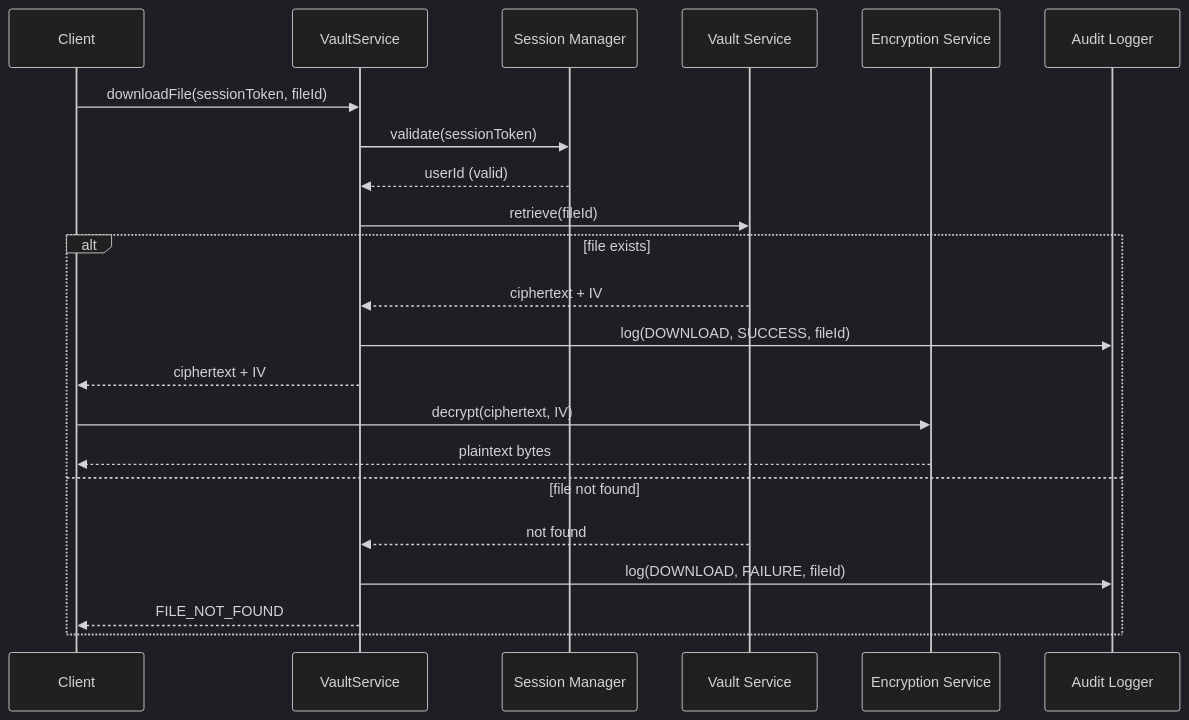
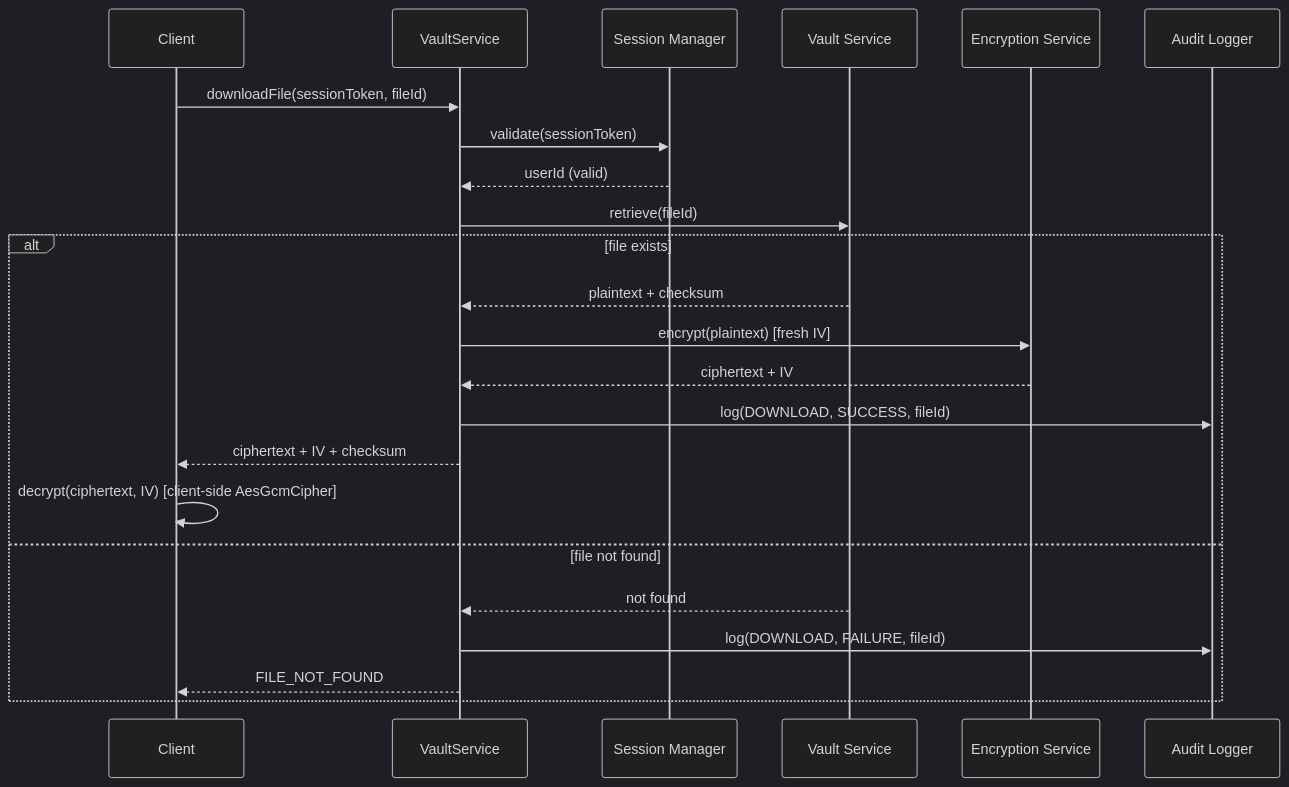
The seventh of 18 diagrams in flow.md (saad-ahmad-eng/Auth-App), drawn with Mermaid (dark theme) before and after one commit. The commit also changed other lines of this file and 30 other files, not shown here.

First line of the commit message:
phase-6: encryption — AES-256-GCM file payloads + RMI-over-TLS

````diff
--- a/flow.md
+++ b/flow.md
@@ -122,25 +127,26 @@
 ```mermaid
 sequenceDiagram
     participant C as Client
     participant V as VaultService
     participant S as Session Manager
     participant F as Vault Service
     participant E as Encryption Service
     participant L as Audit Logger
 
     C->>V: downloadFile(sessionToken, fileId)
     V->>S: validate(sessionToken)
     S-->>V: userId (valid)
     V->>F: retrieve(fileId)
     alt file exists
-        F-->>V: ciphertext + IV
+        F-->>V: plaintext + checksum
+        V->>E: encrypt(plaintext) [fresh IV]
+        E-->>V: ciphertext + IV
         V->>L: log(DOWNLOAD, SUCCESS, fileId)
-        V-->>C: ciphertext + IV
-        C->>E: decrypt(ciphertext, IV)
-        E-->>C: plaintext bytes
+        V-->>C: ciphertext + IV + checksum
+        C->>C: decrypt(ciphertext, IV) [client-side AesGcmCipher]
     else file not found
         F-->>V: not found
         V->>L: log(DOWNLOAD, FAILURE, fileId)
         V-->>C: FILE_NOT_FOUND
     end
 ```
````
